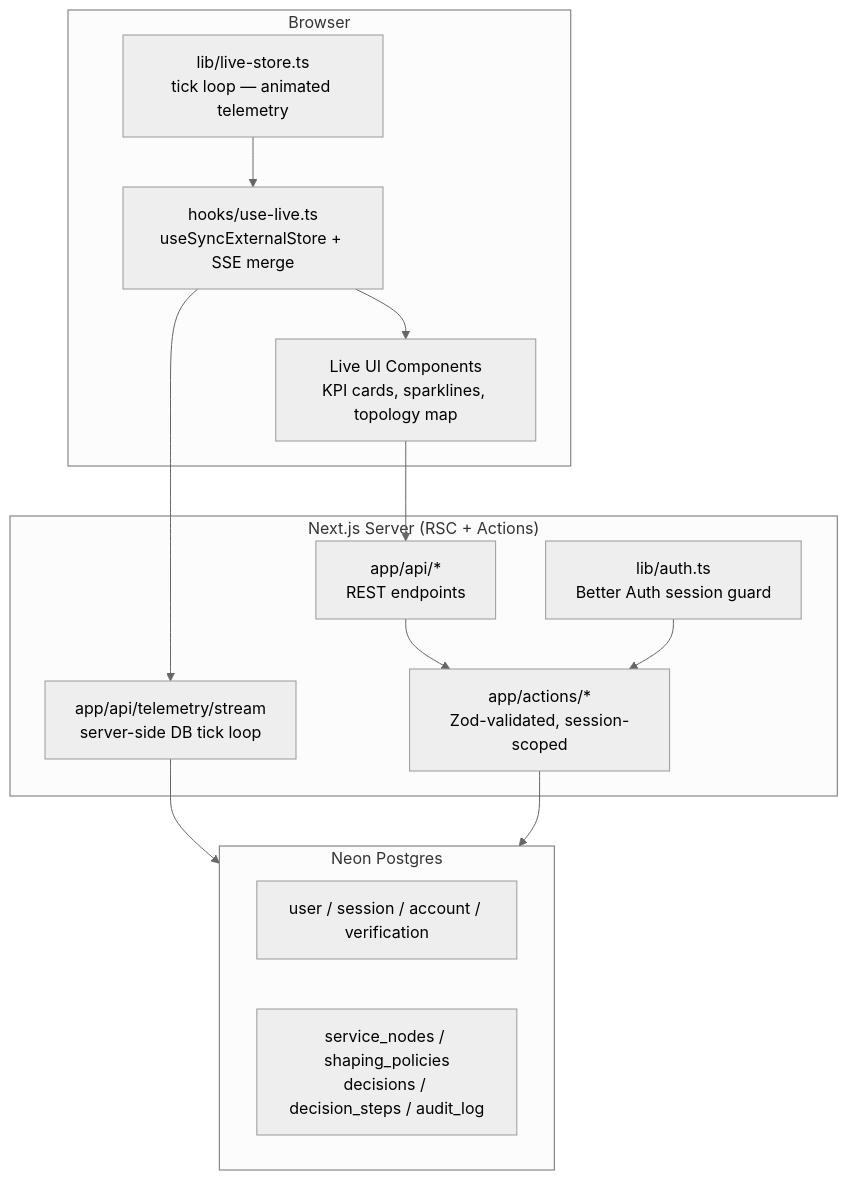
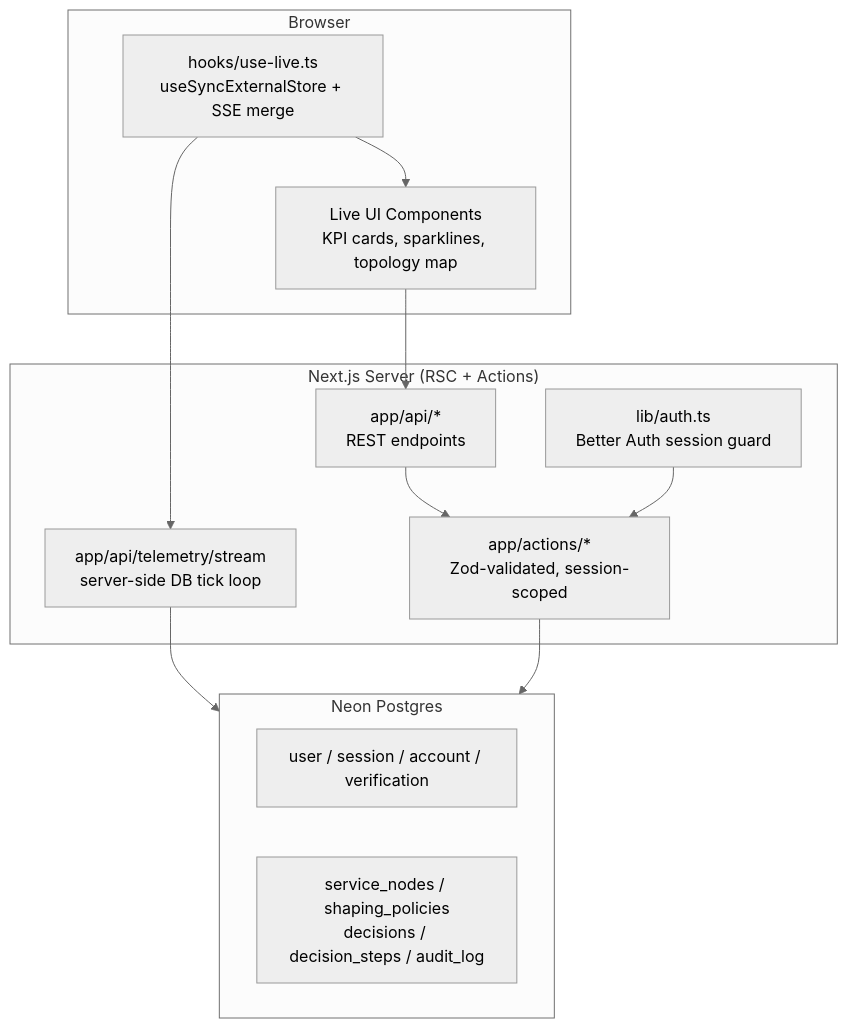
The first of 2 diagrams in README.md (BugHunterX2101/SentinalGateway), drawn with Mermaid (neutral theme) before and after one commit. The commit also changed other lines of this file and 19 other files, not shown here.

````diff
--- a/README.md
+++ b/README.md
@@ -137,27 +137,26 @@
 ```mermaid
 graph TD
     subgraph Client["Browser"]
-        SimEngine["lib/live-store.ts<br/>tick loop — animated telemetry"]
         Hook["hooks/use-live.ts<br/>useSyncExternalStore + SSE merge"]
         UI["Live UI Components<br/>KPI cards, sparklines, topology map"]
     end
 
     subgraph Server["Next.js Server (RSC + Actions)"]
         Actions["app/actions/*<br/>Zod-validated, session-scoped"]
         SSE["app/api/telemetry/stream<br/>server-side DB tick loop"]
         APIRoutes["app/api/*<br/>REST endpoints"]
         AuthLayer["lib/auth.ts<br/>Better Auth session guard"]
     end
 
     subgraph DB["Neon Postgres"]
         AuthTables["user / session / account / verification"]
         AppTables["service_nodes / shaping_policies<br/>decisions / decision_steps / audit_log"]
     end
 
-    SimEngine --> Hook --> UI
+    Hook --> UI
     UI --> APIRoutes
     SSE --> DB
     Hook --> SSE
     APIRoutes --> Actions --> DB
     AuthLayer --> Actions
 ```
````
